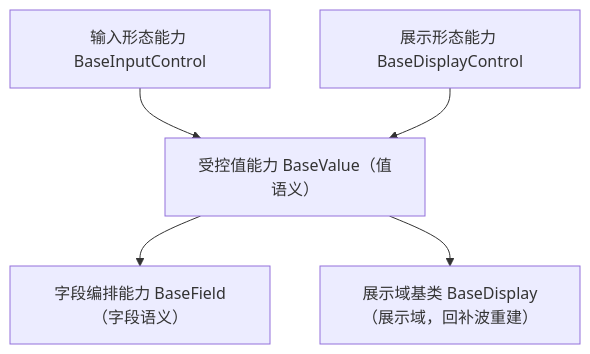
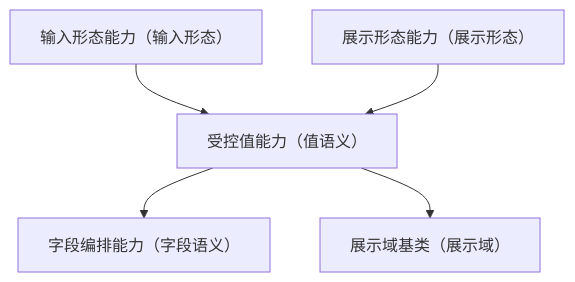
One commit to minjian123/basic-management-system changed the diagram in bms文档/设计/组件设计/02_基础组件类/02_能力类/08_组件设计_受控值能力/08_组件设计_受控值能力.md. Above: the diagram before and after it, drawn with Mermaid. The commit also changed other lines of this file and 238 other files, not shown here.

````diff
--- a/bms文档/设计/组件设计/02_基础组件类/02_能力类/08_组件设计_受控值能力/08_组件设计_受控值能力.md
+++ b/bms文档/设计/组件设计/02_基础组件类/02_能力类/08_组件设计_受控值能力/08_组件设计_受控值能力.md
@@ -17,7 +18,7 @@
 ```mermaid
 flowchart TD
-    IC["输入形态能力 BaseInputControl"] --> V["受控值能力 BaseValue（值语义）"]
-    DC["展示形态能力 BaseDisplayControl"] --> V
-    V --> F["字段编排能力 BaseField（字段语义）"]
-    V --> D["展示域基类 BaseDisplay（展示域，回补波重建）"]
+    IC["输入形态能力（输入形态）"] --> V["受控值能力（值语义）"]
+    DC["展示形态能力（展示形态）"] --> V
+    V --> F["字段编排能力（字段语义）"]
+    V --> D["展示域基类（展示域）"]
 ```
````
